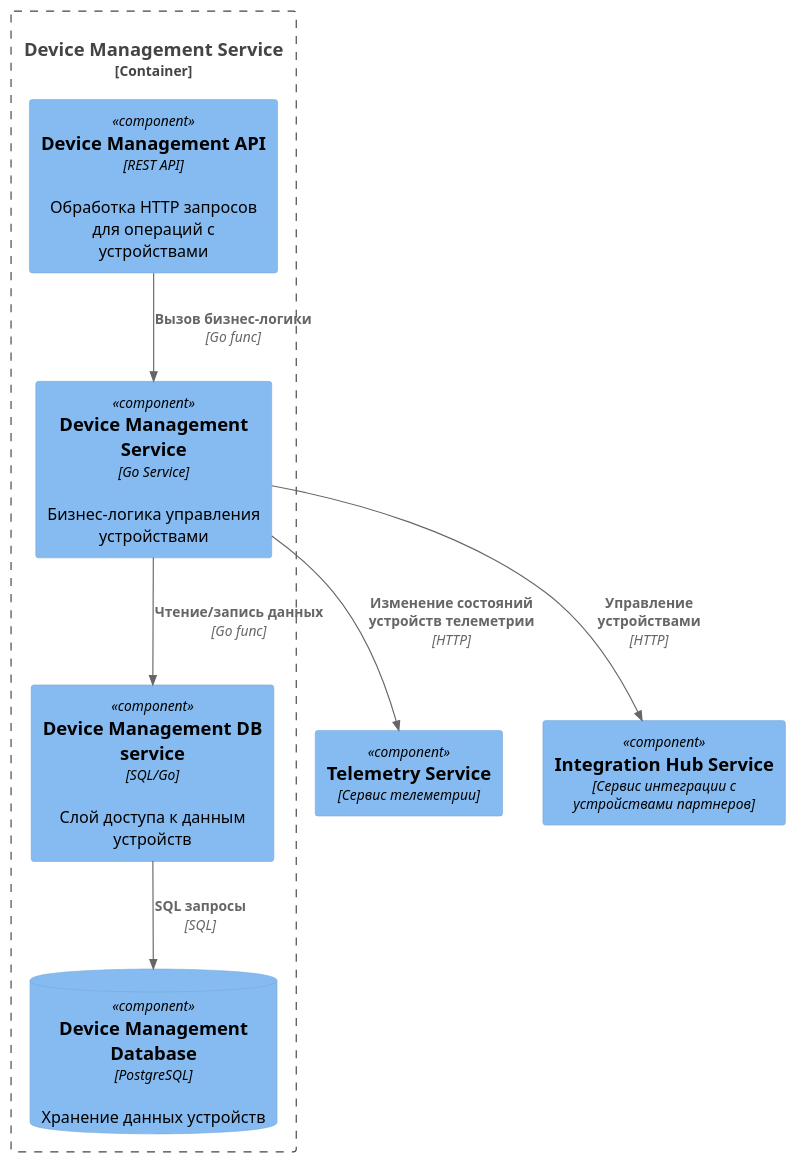
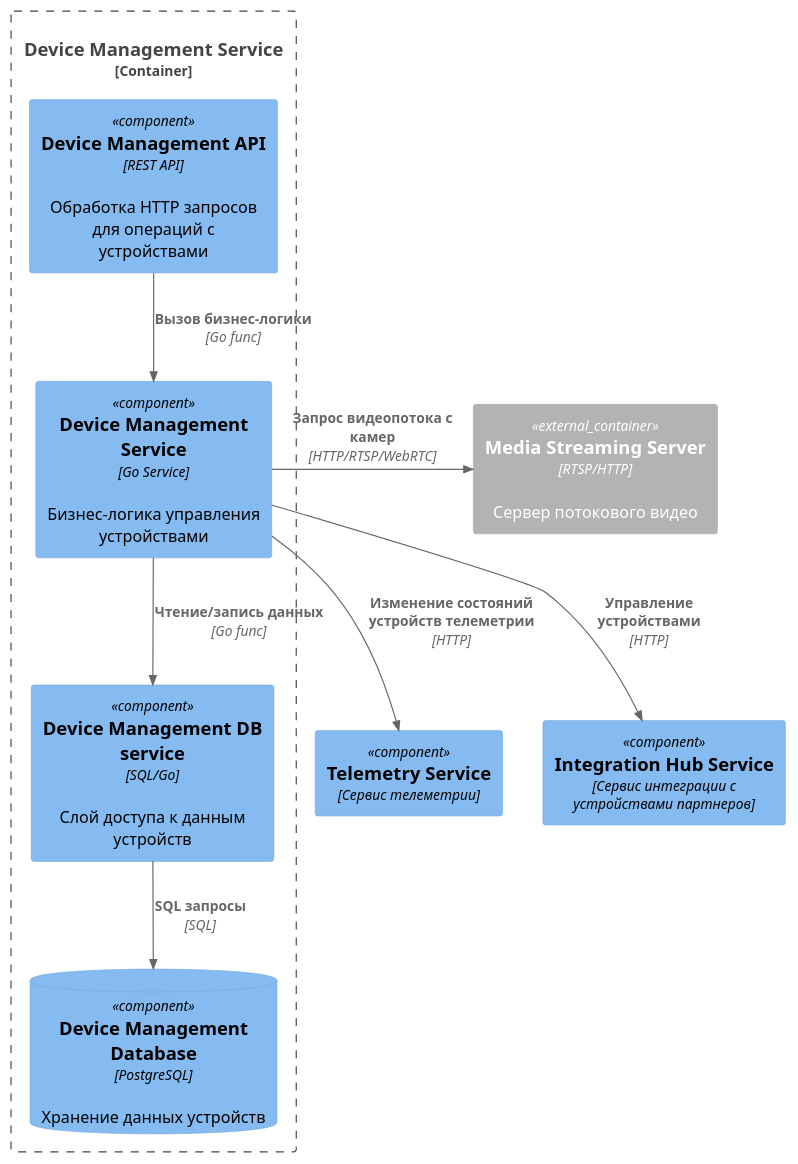
The diagram in docs/DeviceManagementService_components_C4.puml (ayakhont/architecture-warmhouse), drawn with PlantUML before and after one commit. The commit also changed 3 other files, not shown here.

```diff
--- a/docs/DeviceManagementService_components_C4.puml
+++ b/docs/DeviceManagementService_components_C4.puml
@@ -1,19 +1,22 @@
 @startuml
 !include <C4/C4_Component>
 
 Container_Boundary(dms, "Device Management Service") {
     Component(deviceManagementApi, "Device Management API", "REST API", "Обработка HTTP запросов для операций с устройствами")
     Component(deviceManagementService, "Device Management Service", "Go Service", "Бизнес-логика управления устройствами")
     Component(deviceManagementDBService, "Device Management DB service", "SQL/Go", "Слой доступа к данным устройств")
     ComponentDb(deviceManagementDb, "Device Management Database", "PostgreSQL", "Хранение данных устройств")
 }
 Component(telemetry, "Telemetry Service", "Сервис телеметрии")
 Component(integrationHub, "Integration Hub Service", "Сервис интеграции с устройствами партнеров")
+Container_Ext(mediaStreamingServer, "Media Streaming Server", "RTSP/HTTP", "Сервер потокового видео")
 
 Rel(deviceManagementApi, deviceManagementService, "Вызов бизнес-логики", "Go func")
 Rel(deviceManagementService, deviceManagementDBService, "Чтение/запись данных", "Go func")
 Rel(deviceManagementDBService, deviceManagementDb, "SQL запросы", "SQL")
 Rel(deviceManagementService, telemetry, "Изменение состояний устройств телеметрии", "HTTP")
 Rel(deviceManagementService, integrationHub, "Управление устройствами", "HTTP")
+Rel_R(deviceManagementService, mediaStreamingServer, "Запрос видеопотока с камер", "HTTP/RTSP/WebRTC")
+
 
 @enduml
```
